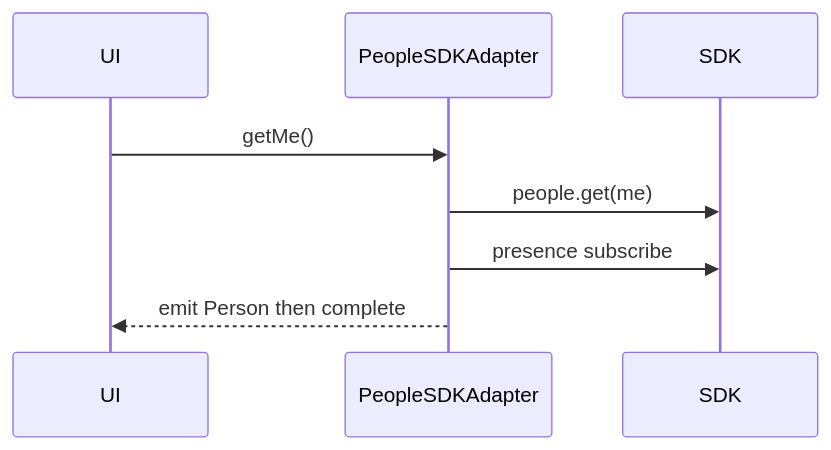
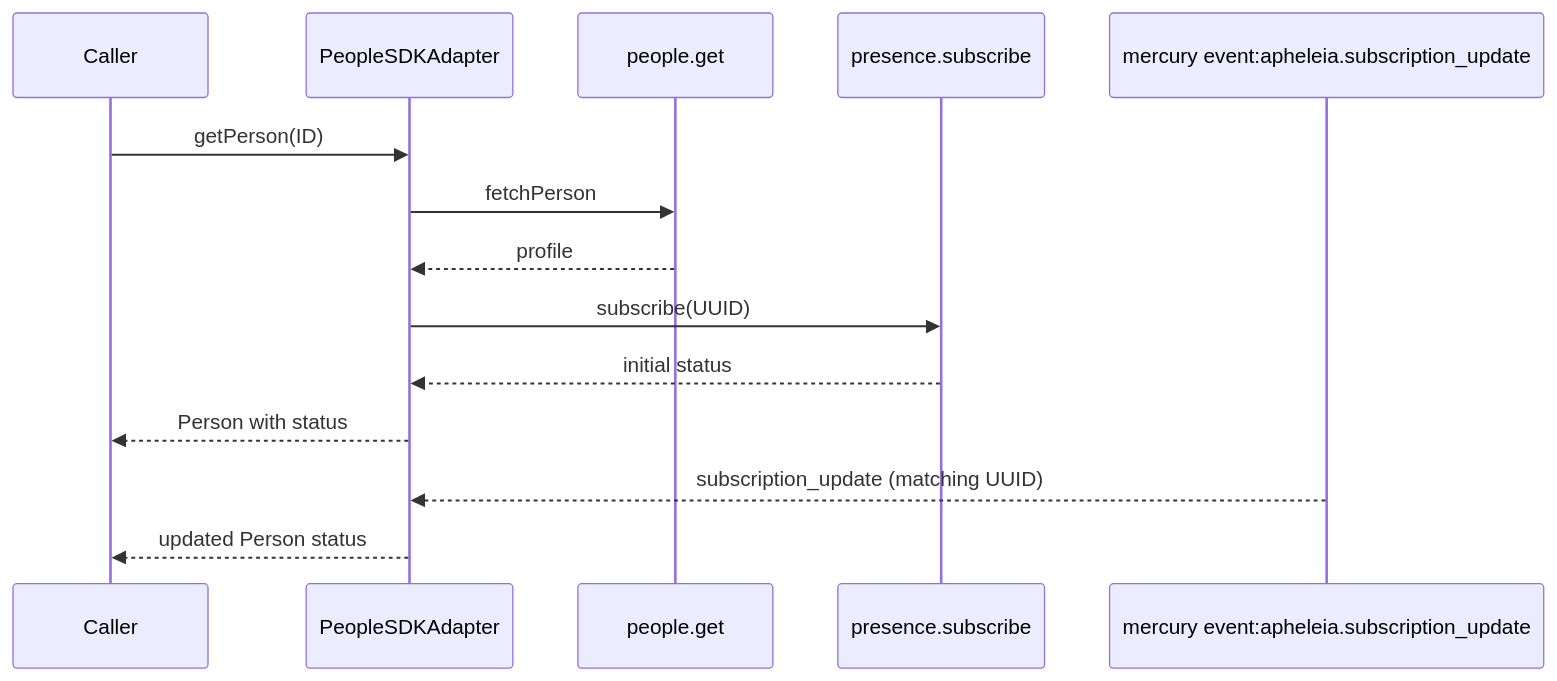
One commit to webex/sdk-component-adapter changed the second of 3 diagrams in src/ai-docs/people-sdk-adapter-spec.md. Above: the diagram before and after it, drawn with Mermaid. The commit also changed other lines of this file and 17 other files, not shown here.

````diff
--- a/src/ai-docs/people-sdk-adapter-spec.md
+++ b/src/ai-docs/people-sdk-adapter-spec.md
@@ -96,11 +124,17 @@
 ```mermaid
 sequenceDiagram
-  participant UI
+  participant Caller
   participant Adapter as PeopleSDKAdapter
-  participant SDK
+  participant People as people.get
+  participant Apheleia as presence.subscribe
+  participant Mercury as mercury event:apheleia.subscription_update
 
-  UI->>Adapter: getMe()
-  Adapter->>SDK: people.get(me)
-  Adapter->>SDK: presence subscribe
-  Adapter-->>UI: emit Person then complete
+  Caller->>Adapter: getPerson(ID)
+  Adapter->>People: fetchPerson
+  People-->>Adapter: profile
+  Adapter->>Apheleia: subscribe(UUID)
+  Apheleia-->>Adapter: initial status
+  Adapter-->>Caller: Person with status
+  Mercury-->>Adapter: subscription_update (matching UUID)
+  Adapter-->>Caller: updated Person status
 ```
````
